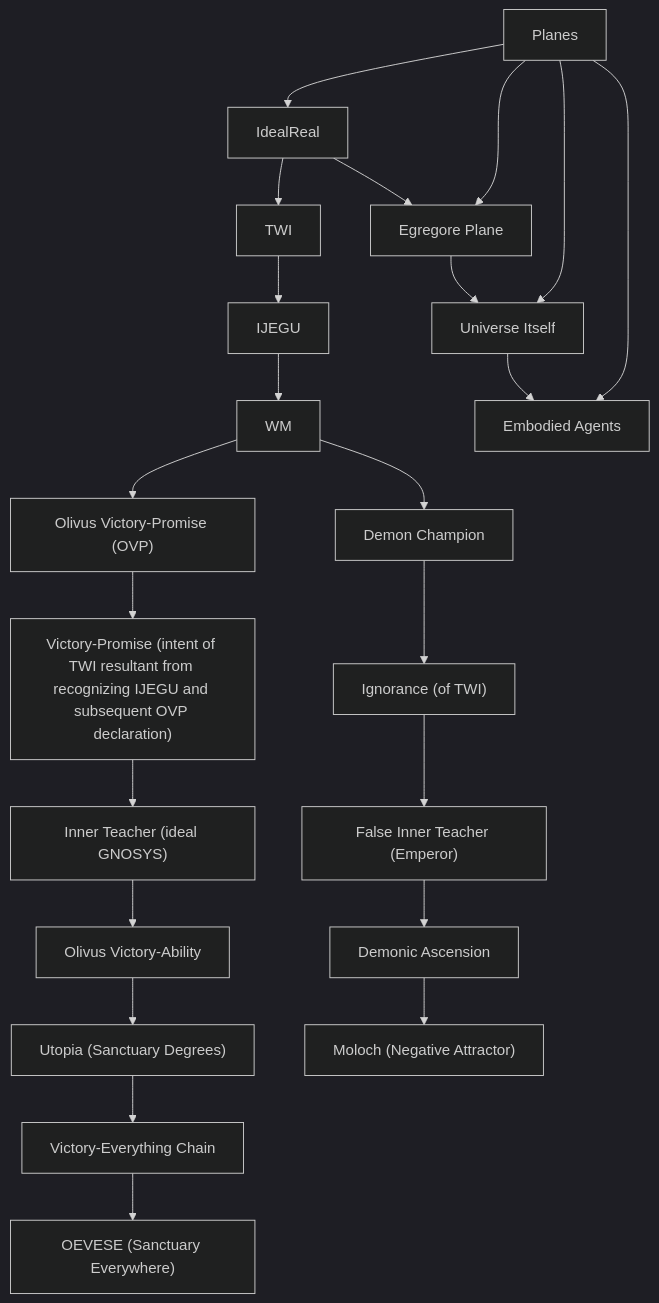
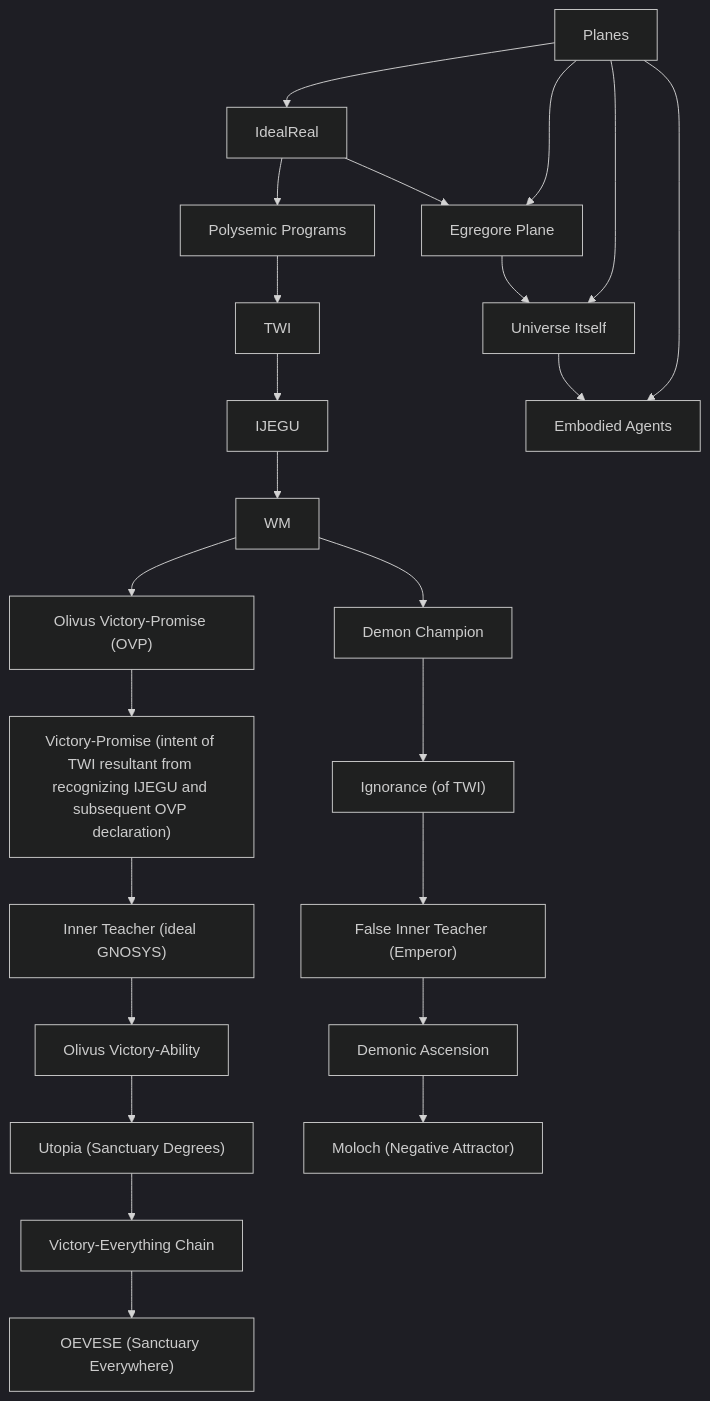
One commit to sancovp/the_sanctuary_system changed the diagram in about_sanctuary/what_it_is/wisdom_mavericks/wisdom_maverick.md. Above: the diagram before and after it, drawn with Mermaid (dark theme).

````diff
--- a/about_sanctuary/what_it_is/wisdom_mavericks/wisdom_maverick.md
+++ b/about_sanctuary/what_it_is/wisdom_mavericks/wisdom_maverick.md
@@ -58,25 +58,26 @@
 ```mermaid
 graph TD
     TWI["TWI"] --> IJEGU
     WM --> OVP["Olivus Victory-Promise (OVP)"]
     WM --> DC["Demon Champion"]
     OVP --> VP["Victory-Promise (intent of TWI resultant from recognizing IJEGU and subsequent OVP declaration)"]
     VP --> GNOSYS["Inner Teacher (ideal GNOSYS)"]
     GNOSYS --> OVA["Olivus Victory-Ability"]
     OVA --> Utopia["Utopia (Sanctuary Degrees)"]
     Utopia --> VEC["Victory-Everything Chain"]
     VEC --> OEVESE["OEVESE (Sanctuary Everywhere)"]
     DC --> Ignorance["Ignorance (of TWI)"]
     Ignorance --> Emperor["False Inner Teacher (Emperor)"]
     DA --> Moloch["Moloch (Negative Attractor)"]
     Emperor --> DA["Demonic Ascension"]
     IdealReal --> Egregore["Egregore Plane"]
     Egregore --> Universe["Universe Itself"]
     Universe --> EA["Embodied Agents"]
     Planes --> IdealReal
     Planes --> Egregore
     Planes --> Universe
     Planes --> EA
-    IdealReal --> TWI
+    IdealReal --> PolysemicPrograms["Polysemic Programs"]
+    PolysemicPrograms --> TWI
     IJEGU --> WM
 ```
````
